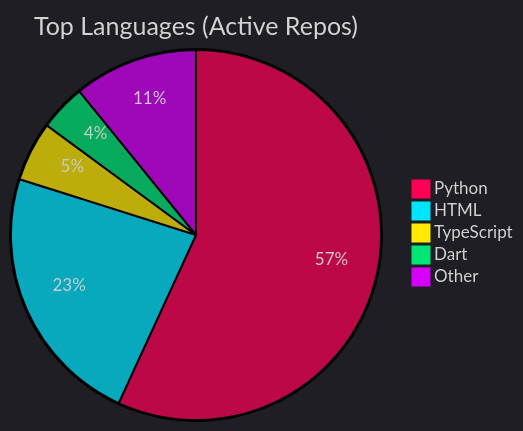
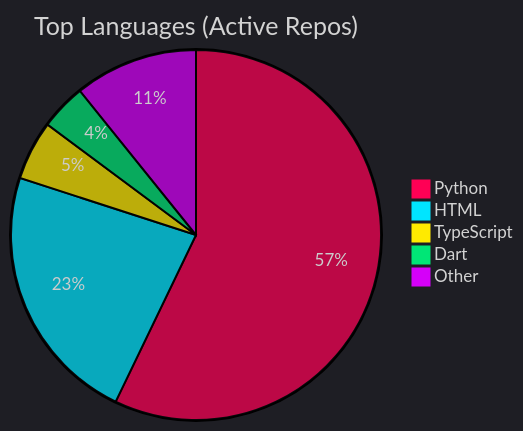
One commit to Nzettodess/Nzettodess changed the diagram in README.md. Above: the diagram before and after it, drawn with Mermaid. The commit also changed other lines of this file, not shown here.

Commit message:
Update recent activity [skip ci]

````diff
--- a/README.md
+++ b/README.md
@@ -35,9 +35,9 @@
 ```mermaid
 %%{init: {'theme': 'dark', 'themeVariables': { 'pie1': '#FF0055', 'pie2': '#00E5FF', 'pie3': '#FFEA00', 'pie4': '#00E676', 'pie5': '#D500F9' }}}%%
 pie title Top Languages (Active Repos)
-    "Python" : 56.86
-    "HTML" : 23.01
-    "TypeScript" : 5.22
-    "Dart" : 4.06
-    "Other" : 10.85
+    "Python" : 57.14
+    "HTML" : 22.84
+    "TypeScript" : 5.19
+    "Dart" : 4.03
+    "Other" : 10.79
 ```
````
